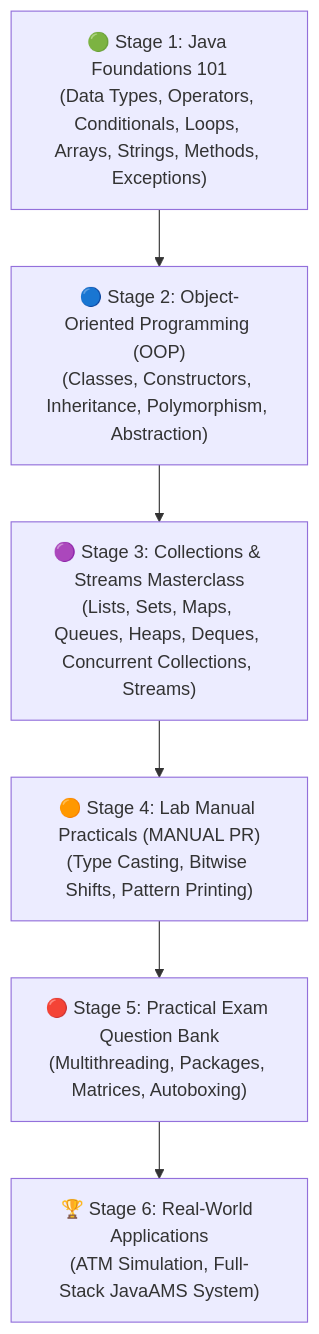
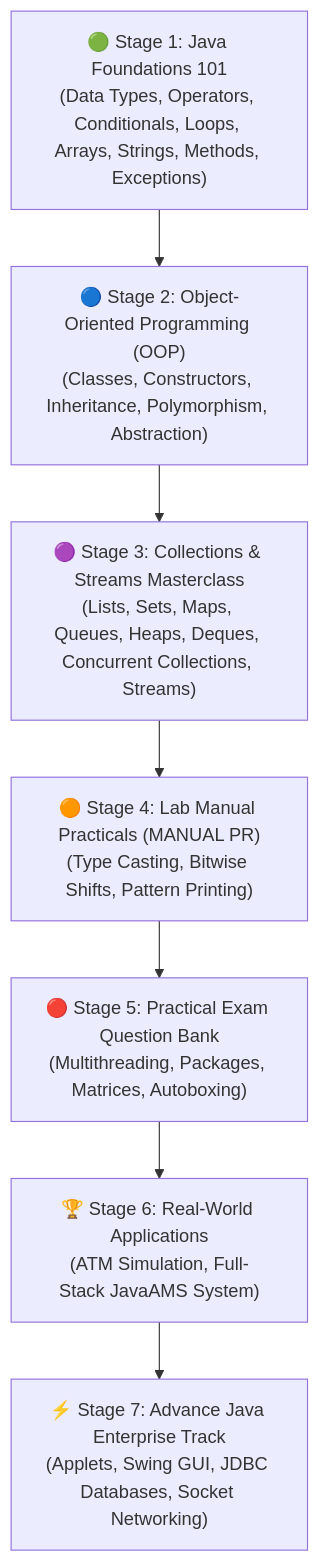
The diagram in README.md (Ken-Kanike/java), drawn with Mermaid before and after one commit. The commit also changed other lines of this file and 1 other file, not shown here.

Commit message:
fix: resolve modal re-open state, add full VS Code IDE layout with interactive CLI terminal simulator, and add AdvanceJava CTA

````diff
--- a/README.md
+++ b/README.md
@@ -16,11 +26,13 @@
 ```mermaid
 flowchart TD
     S1["🟢 Stage 1: Java Foundations 101<br/>(Data Types, Operators, Conditionals, Loops, Arrays, Strings, Methods, Exceptions)"]
     S2["🔵 Stage 2: Object-Oriented Programming (OOP)<br/>(Classes, Constructors, Inheritance, Polymorphism, Abstraction)"]
     S3["🟣 Stage 3: Collections & Streams Masterclass<br/>(Lists, Sets, Maps, Queues, Heaps, Deques, Concurrent Collections, Streams)"]
     S4["🟠 Stage 4: Lab Manual Practicals (MANUAL PR)<br/>(Type Casting, Bitwise Shifts, Pattern Printing)"]
     S5["🔴 Stage 5: Practical Exam Question Bank<br/>(Multithreading, Packages, Matrices, Autoboxing)"]
     S6["🏆 Stage 6: Real-World Applications<br/>(ATM Simulation, Full-Stack JavaAMS System)"]
+    S7["⚡ Stage 7: Advance Java Enterprise Track<br/>(Applets, Swing GUI, JDBC Databases, Socket Networking)"]
 
-    S1 --> S2 --> S3 --> S4 --> S5 --> S6
+    S1 --> S2 --> S3 --> S4 --> S5 --> S6 --> S7
+    click S7 "https://github.com/Ken-Kanike/AdvanceJava" "Explore Advance Java Repository"
 ```
````
